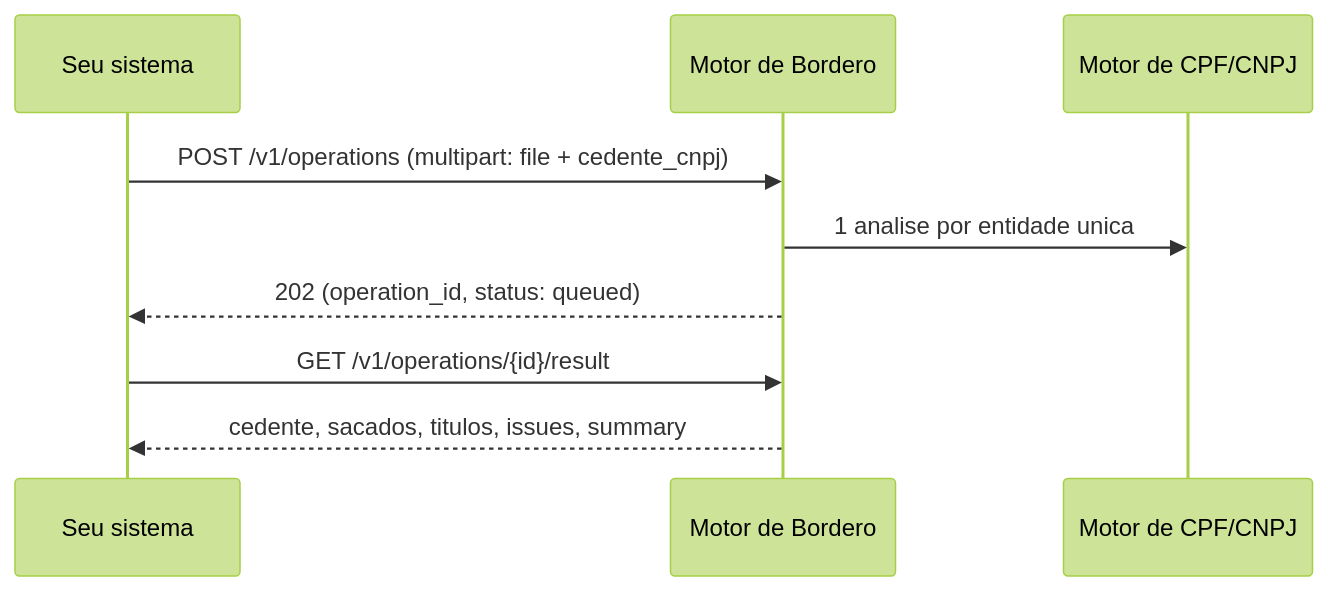
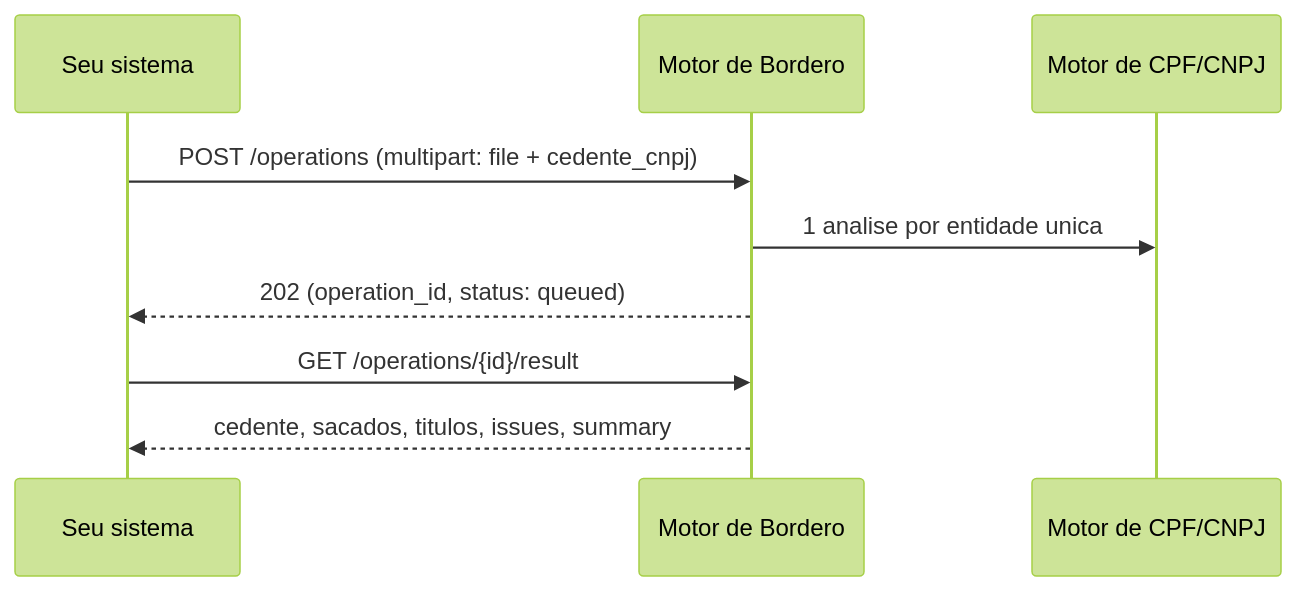
Before and after one commit to Sherlocker-LTDA/docs: the diagram in motores/introducao.mdx, drawn with Mermaid (forest theme). The commit also changed other lines of this file and 28 other files, not shown here.

````diff
--- a/motores/introducao.mdx
+++ b/motores/introducao.mdx
@@ -33,11 +33,11 @@
 ```mermaid
 sequenceDiagram
     participant C as Seu sistema
     participant B as Motor de Bordero
     participant A as Motor de CPF/CNPJ
-    C->>B: POST /v1/operations (multipart: file + cedente_cnpj)
+    C->>B: POST /operations (multipart: file + cedente_cnpj)
     B->>A: 1 analise por entidade unica
     B-->>C: 202 (operation_id, status: queued)
-    C->>B: GET /v1/operations/{id}/result
+    C->>B: GET /operations/{id}/result
     B-->>C: cedente, sacados, titulos, issues, summary
 ```
````
